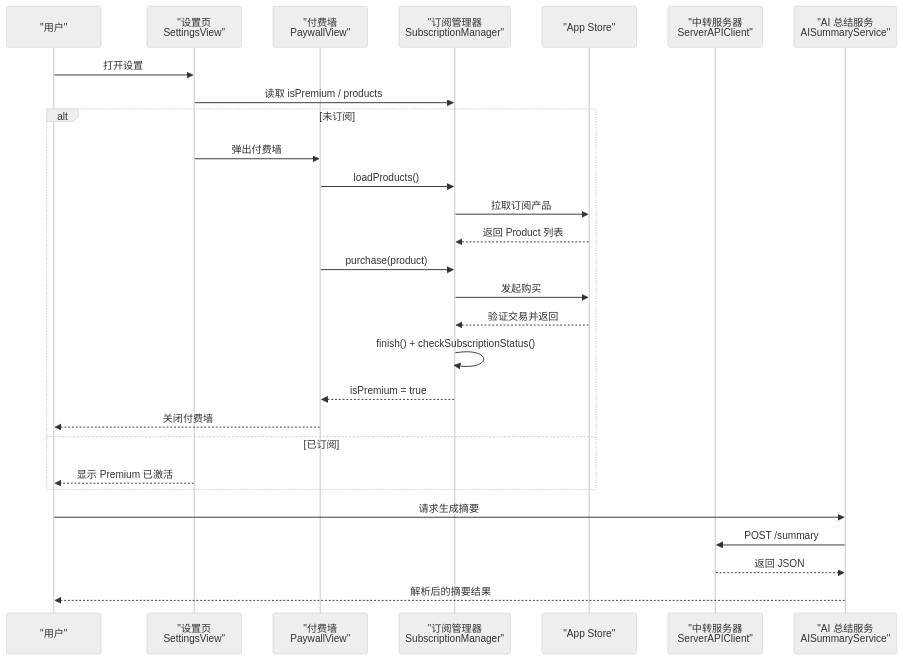
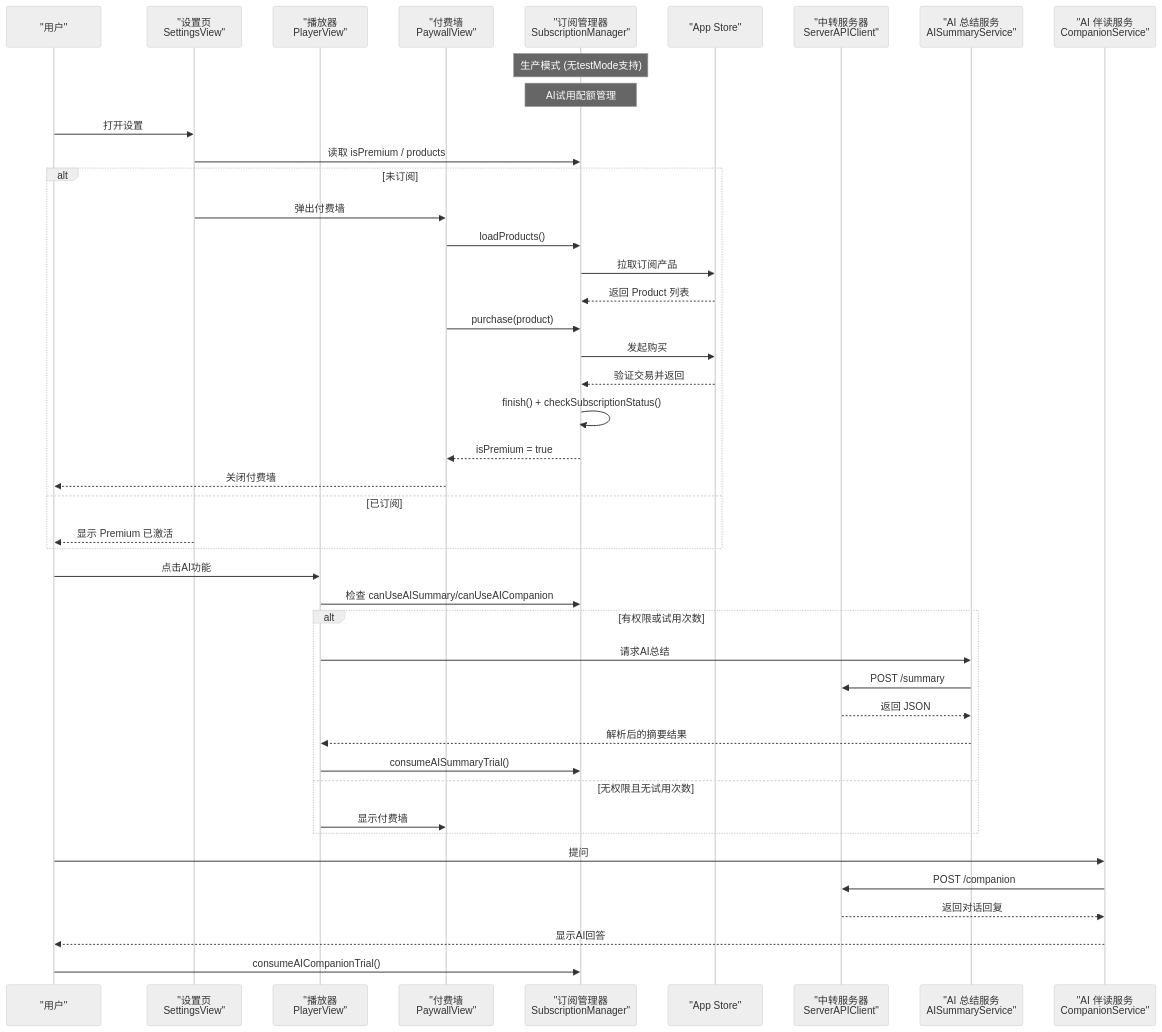
Before and after one commit to Primoguo/VoiceReader: the second of 6 diagrams in .qoder/repowiki/zh/content/核心功能模块/订阅管理系统.md, drawn with Mermaid (neutral theme). The commit also changed other lines of this file and 92 other files, not shown here.

````diff
--- a/.qoder/repowiki/zh/content/核心功能模块/订阅管理系统.md
+++ b/.qoder/repowiki/zh/content/核心功能模块/订阅管理系统.md
@@ -117,30 +135,46 @@
 ```mermaid
 sequenceDiagram
 participant User as "用户"
 participant Settings as "设置页<br/>SettingsView"
+participant Player as "播放器<br/>PlayerView"
 participant Paywall as "付费墙<br/>PaywallView"
 participant SubMgr as "订阅管理器<br/>SubscriptionManager"
 participant AppStore as "App Store"
 participant Server as "中转服务器<br/>ServerAPIClient"
 participant AISum as "AI 总结服务<br/>AISummaryService"
+participant Companion as "AI 伴读服务<br/>CompanionService"
+Note over SubMgr : 生产模式 (无testMode支持)
+Note over SubMgr : AI试用配额管理
 User->>Settings : 打开设置
 Settings->>SubMgr : 读取 isPremium / products
 alt 未订阅
 Settings->>Paywall : 弹出付费墙
 Paywall->>SubMgr : loadProducts()
 SubMgr->>AppStore : 拉取订阅产品
 AppStore-->>SubMgr : 返回 Product 列表
 Paywall->>SubMgr : purchase(product)
 SubMgr->>AppStore : 发起购买
 AppStore-->>SubMgr : 验证交易并返回
 SubMgr->>SubMgr : finish() + checkSubscriptionStatus()
 SubMgr-->>Paywall : isPremium = true
 Paywall-->>User : 关闭付费墙
 else 已订阅
 Settings-->>User : 显示 Premium 已激活
 end
-User->>AISum : 请求生成摘要
+User->>Player : 点击AI功能
+Player->>SubMgr : 检查 canUseAISummary/canUseAICompanion
+alt 有权限或试用次数
+Player->>AISum : 请求AI总结
 AISum->>Server : POST /summary
 Server-->>AISum : 返回 JSON
-AISum-->>User : 解析后的摘要结果
+AISum-->>Player : 解析后的摘要结果
+Player->>SubMgr : consumeAISummaryTrial()
+else 无权限且无试用次数
+Player->>Paywall : 显示付费墙
+end
+User->>Companion : 提问
+Companion->>Server : POST /companion
+Server-->>Companion : 返回对话回复
+Companion-->>User : 显示AI回答
+User->>SubMgr : consumeAICompanionTrial()
 ```
````
